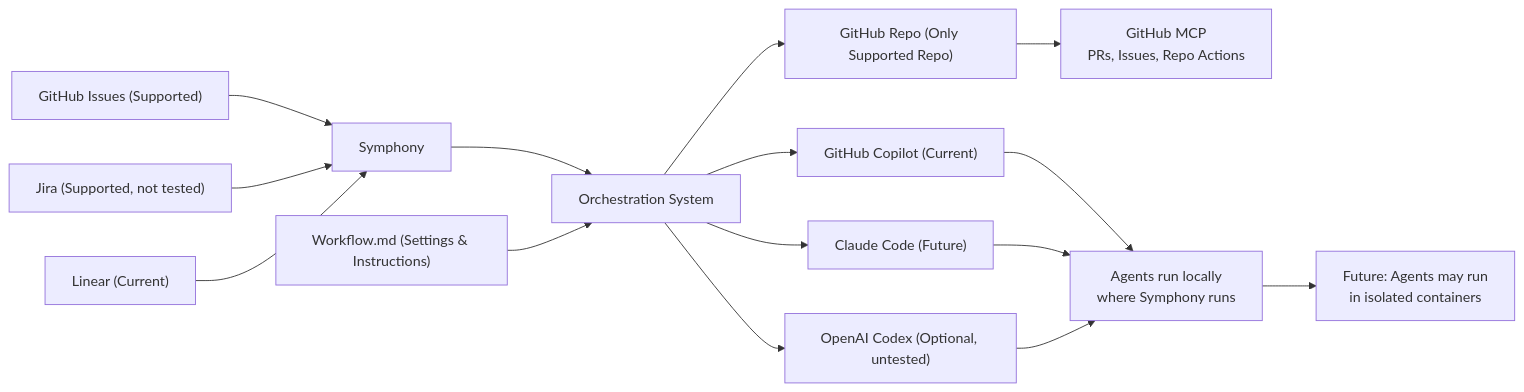
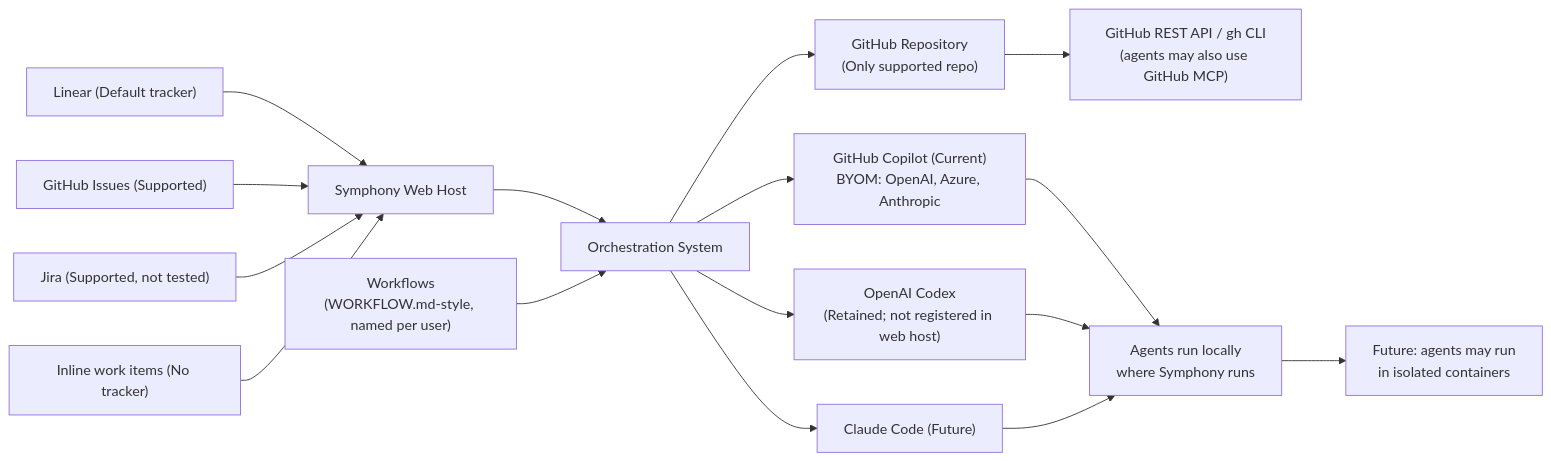
Before and after one commit to khurram-uworx/Symphony: the diagram in README.md, drawn with Mermaid. The commit also changed 32 other files, not shown here.

````diff
--- a/README.md
+++ b/README.md
@@ -14,41 +14,43 @@
 ```mermaid
 flowchart LR
 
+LIN["Linear (Default tracker)"]
 GH["GitHub Issues (Supported)"]
 JIRA["Jira (Supported, not tested)"]
-LIN["Linear (Current)"]
+INLINE["Inline work items (No tracker)"]
 
-SYM["Symphony"]
-WF["Workflow.md (Settings & Instructions)"]
+SYM["Symphony Web Host"]
+WF["Workflows\n(WORKFLOW.md-style, named per user)"]
 ORCH["Orchestration System"]
 
-REPO["GitHub Repo (Only Supported Repo)"]
-MCP["GitHub MCP\nPRs, Issues, Repo Actions"]
+REPO["GitHub Repository\n(Only supported repo)"]
+GHAPI["GitHub REST API / gh CLI\n(agents may also use GitHub MCP)"]
 
-COP["GitHub Copilot (Current)"]
+COP["GitHub Copilot (Current)\nBYOM: OpenAI, Azure, Anthropic"]
+CODEX["OpenAI Codex\n(Retained; not registered in web host)"]
 CLAUDE["Claude Code (Future)"]
-CODEX["OpenAI Codex (Optional, untested)"]
 
 RUN["Agents run locally\nwhere Symphony runs"]
-FUTURE["Future: Agents may run\nin isolated containers"]
+FUTURE["Future: agents may run\nin isolated containers"]
 
+LIN --> SYM
 GH --> SYM
 JIRA --> SYM
-LIN --> SYM
+INLINE --> SYM
 
 SYM --> ORCH
 WF --> ORCH
 
 ORCH --> REPO
-REPO --> MCP
+REPO --> GHAPI
 
 ORCH --> COP
+ORCH --> CODEX
 ORCH --> CLAUDE
-ORCH --> CODEX
 
 COP --> RUN
+CODEX --> RUN
 CLAUDE --> RUN
-CODEX --> RUN
 
 RUN --> FUTURE
 ```
````
